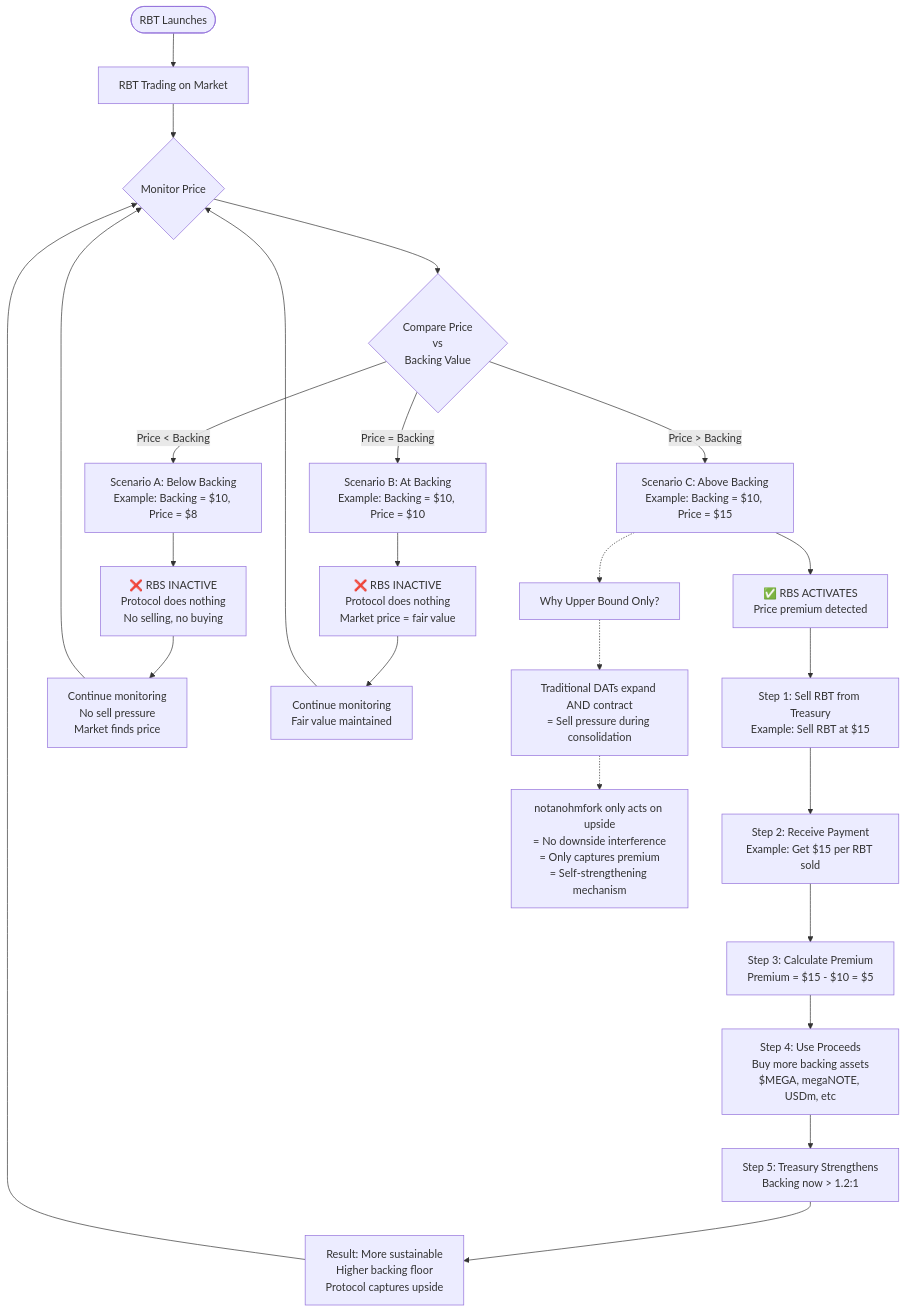
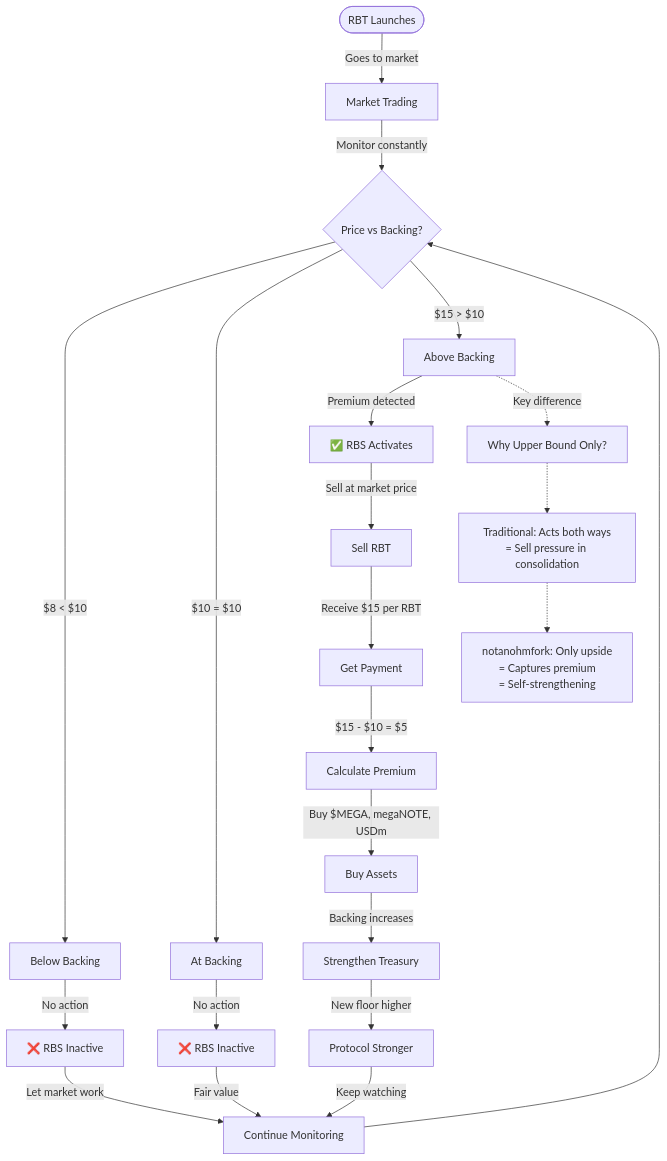
The second of 4 diagrams in docs/CORE_DIAGRAMS.md (0xJaehaerys/ohmega), drawn with Mermaid before and after one commit. The commit also changed other lines of this file, not shown here.

Commit message:
Improve diagrams: move details to edges, simplify nodes

````diff
--- a/docs/CORE_DIAGRAMS.md
+++ b/docs/CORE_DIAGRAMS.md
@@ -153,39 +126,36 @@
 ```mermaid
 flowchart TD
-    START([RBT Launches]) --> MARKET[RBT Trading on Market]
+    START([RBT Launches]) -->|"Goes to market"| MARKET[Market Trading]
     
-    MARKET --> MONITOR{Monitor Price}
+    MARKET -->|"Monitor constantly"| CHECK{Price vs Backing?}
     
-    MONITOR --> CHECK{Compare Price<br/>vs<br/>Backing Value}
+    CHECK -->|"$8 < $10"| SCENARIO_A["Below Backing"]
+    CHECK -->|"$10 = $10"| SCENARIO_B["At Backing"]
+    CHECK -->|"$15 > $10"| SCENARIO_C["Above Backing"]
     
-    CHECK -->|Price < Backing| SCENARIO_A["Scenario A: Below Backing<br/>Example: Backing = $10, Price = $8"]
-    CHECK -->|Price = Backing| SCENARIO_B["Scenario B: At Backing<br/>Example: Backing = $10, Price = $10"]
-    CHECK -->|Price > Backing| SCENARIO_C["Scenario C: Above Backing<br/>Example: Backing = $10, Price = $15"]
+    SCENARIO_A -->|"No action"| NO_ACTION_A["❌ RBS Inactive"]
+    SCENARIO_B -->|"No action"| NO_ACTION_B["❌ RBS Inactive"]
     
-    SCENARIO_A --> NO_ACTION_A["❌ RBS INACTIVE<br/>Protocol does nothing<br/>No selling, no buying"]
-    SCENARIO_B --> NO_ACTION_B["❌ RBS INACTIVE<br/>Protocol does nothing<br/>Market price = fair value"]
+    SCENARIO_C -->|"Premium detected"| RBS_ACTIVE["✅ RBS Activates"]
     
-    SCENARIO_C --> RBS_ACTIVE["✅ RBS ACTIVATES<br/>Price premium detected"]
+    RBS_ACTIVE -->|"Sell at market price"| STEP1["Sell RBT"]
+    STEP1 -->|"Receive $15 per RBT"| STEP2["Get Payment"]
+    STEP2 -->|"$15 - $10 = $5"| STEP3["Calculate Premium"]
+    STEP3 -->|"Buy $MEGA, megaNOTE, USDm"| STEP4["Buy Assets"]
+    STEP4 -->|"Backing increases"| STEP5["Strengthen Treasury"]
+    STEP5 -->|"New floor higher"| RESULT["Protocol Stronger"]
     
-    RBS_ACTIVE --> STEP1["Step 1: Sell RBT from Treasury<br/>Example: Sell RBT at $15"]
-    STEP1 --> STEP2["Step 2: Receive Payment<br/>Example: Get $15 per RBT sold"]
-    STEP2 --> STEP3["Step 3: Calculate Premium<br/>Premium = $15 - $10 = $5"]
-    STEP3 --> STEP4["Step 4: Use Proceeds<br/>Buy more backing assets<br/>$MEGA, megaNOTE, USDm, etc"]
-    STEP4 --> STEP5["Step 5: Treasury Strengthens<br/>Backing now > 1.2:1"]
-    STEP5 --> RESULT["Result: More sustainable<br/>Higher backing floor<br/>Protocol captures upside"]
+    NO_ACTION_A -->|"Let market work"| MONITOR[Continue Monitoring]
+    NO_ACTION_B -->|"Fair value"| MONITOR
+    RESULT -->|"Keep watching"| MONITOR
     
-    NO_ACTION_A --> WAIT_A["Continue monitoring<br/>No sell pressure<br/>Market finds price"]
-    NO_ACTION_B --> WAIT_B["Continue monitoring<br/>Fair value maintained"]
-    
-    WAIT_A --> MONITOR
-    WAIT_B --> MONITOR
-    RESULT --> MONITOR
+    MONITOR --> CHECK
     
     NOTE1["Why Upper Bound Only?"]
-    NOTE2["Traditional DATs expand AND contract<br/>= Sell pressure during consolidation"]
-    NOTE3["notanohmfork only acts on upside<br/>= No downside interference<br/>= Only captures premium<br/>= Self-strengthening mechanism"]
+    NOTE2["Traditional: Acts both ways<br/>= Sell pressure in consolidation"]
+    NOTE3["notanohmfork: Only upside<br/>= Captures premium<br/>= Self-strengthening"]
     
-    SCENARIO_C -.-> NOTE1
+    SCENARIO_C -.->|"Key difference"| NOTE1
     NOTE1 -.-> NOTE2
     NOTE2 -.-> NOTE3
 ```
````
